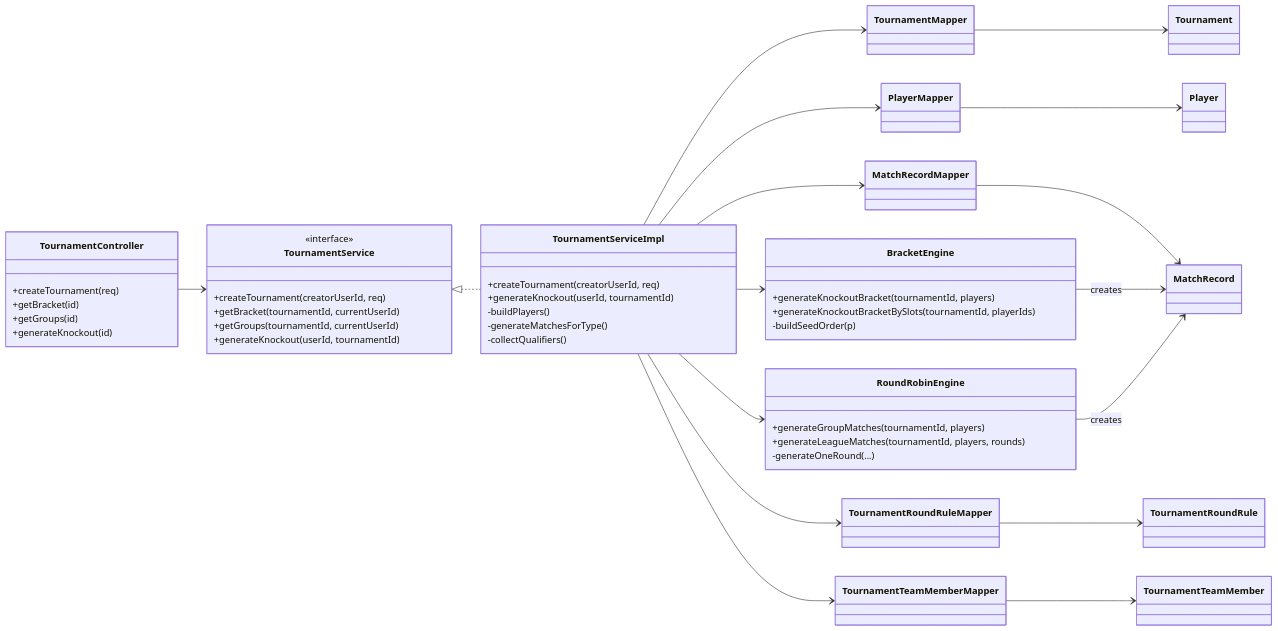
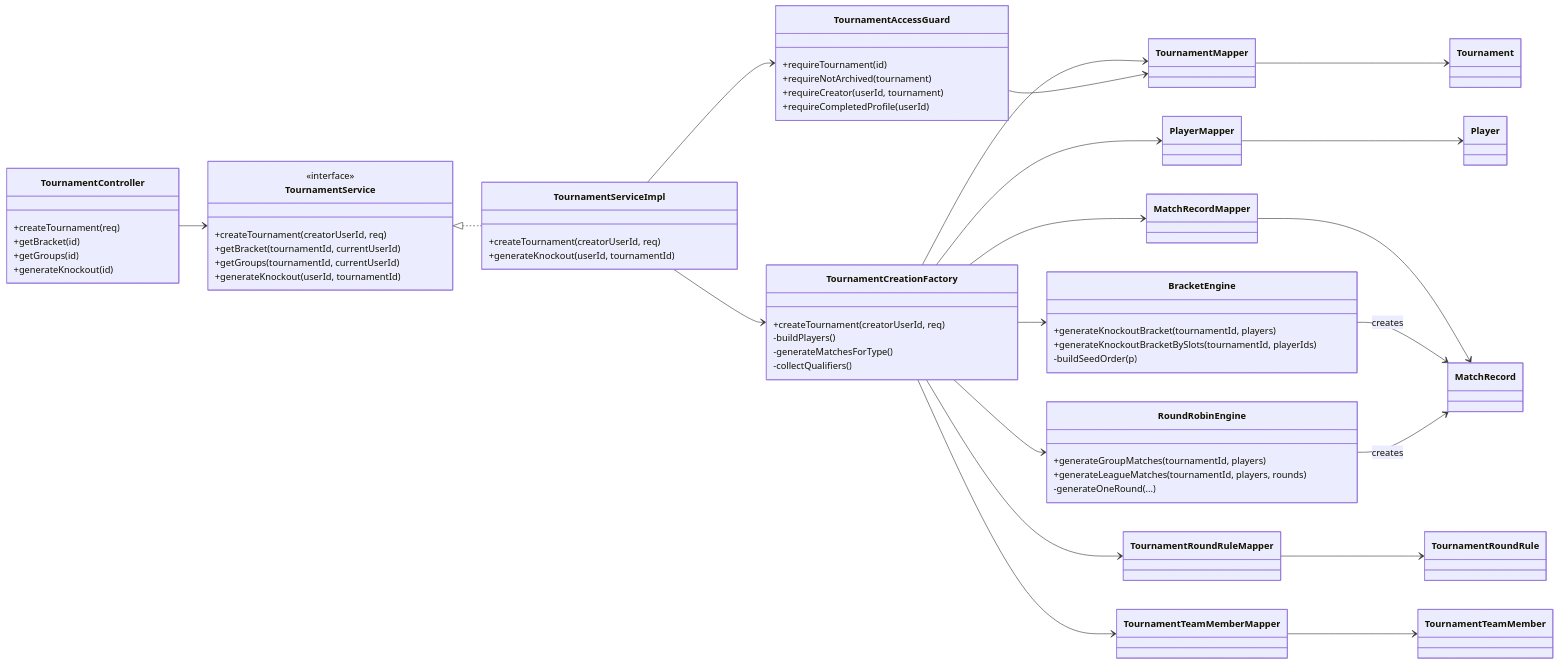
Before and after one commit to lijingyuu/Scoring: the second of 9 diagrams in docs/类图.md, drawn with Mermaid. The commit also changed other lines of this file and 7 other files, not shown here.

````diff
--- a/docs/类图.md
+++ b/docs/类图.md
@@ -199,67 +199,81 @@
 ```mermaid
 classDiagram
 direction LR
 
 class TournamentController {
   +createTournament(req)
   +getBracket(id)
   +getGroups(id)
   +generateKnockout(id)
 }
 
 class TournamentService {
   <<interface>>
   +createTournament(creatorUserId, req)
   +getBracket(tournamentId, currentUserId)
   +getGroups(tournamentId, currentUserId)
   +generateKnockout(userId, tournamentId)
 }
 
 class TournamentServiceImpl {
   +createTournament(creatorUserId, req)
   +generateKnockout(userId, tournamentId)
+}
+
+class TournamentCreationFactory {
+  +createTournament(creatorUserId, req)
   -buildPlayers()
   -generateMatchesForType()
   -collectQualifiers()
+}
+
+class TournamentAccessGuard {
+  +requireTournament(id)
+  +requireNotArchived(tournament)
+  +requireCreator(userId, tournament)
+  +requireCompletedProfile(userId)
 }
 
 class BracketEngine {
   +generateKnockoutBracket(tournamentId, players)
   +generateKnockoutBracketBySlots(tournamentId, playerIds)
   -buildSeedOrder(p)
 }
 
 class RoundRobinEngine {
   +generateGroupMatches(tournamentId, players)
   +generateLeagueMatches(tournamentId, players, rounds)
   -generateOneRound(...)
 }
 
 class TournamentMapper
 class PlayerMapper
 class MatchRecordMapper
 class TournamentRoundRuleMapper
 class TournamentTeamMemberMapper
 class Tournament
 class Player
 class MatchRecord
 class TournamentRoundRule
 class TournamentTeamMember
 
 TournamentController --> TournamentService
 TournamentService <|.. TournamentServiceImpl
-TournamentServiceImpl --> TournamentMapper
-TournamentServiceImpl --> PlayerMapper
-TournamentServiceImpl --> MatchRecordMapper
-TournamentServiceImpl --> TournamentRoundRuleMapper
-TournamentServiceImpl --> TournamentTeamMemberMapper
-TournamentServiceImpl --> BracketEngine
-TournamentServiceImpl --> RoundRobinEngine
+TournamentServiceImpl --> TournamentCreationFactory
+TournamentServiceImpl --> TournamentAccessGuard
+TournamentCreationFactory --> TournamentMapper
+TournamentCreationFactory --> PlayerMapper
+TournamentCreationFactory --> MatchRecordMapper
+TournamentCreationFactory --> TournamentRoundRuleMapper
+TournamentCreationFactory --> TournamentTeamMemberMapper
+TournamentCreationFactory --> BracketEngine
+TournamentCreationFactory --> RoundRobinEngine
+TournamentAccessGuard --> TournamentMapper
 TournamentMapper --> Tournament
 PlayerMapper --> Player
 MatchRecordMapper --> MatchRecord
 TournamentRoundRuleMapper --> TournamentRoundRule
 TournamentTeamMemberMapper --> TournamentTeamMember
 BracketEngine --> MatchRecord : creates
 RoundRobinEngine --> MatchRecord : creates
 ```
````
